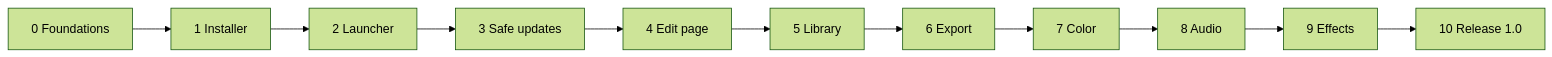
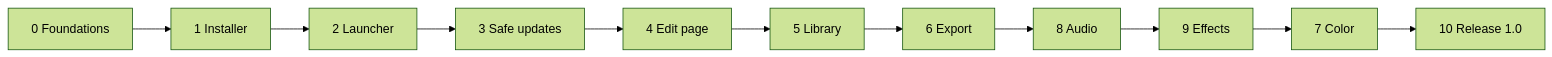
Before and after one commit to Rhyslos/Kiria-Video-Editor: the diagram in docs/build-plan.md, drawn with Mermaid (forest theme). The commit also changed other lines of this file, not shown here.

First line of the commit message:
Build order after Export: Audio, Effects, Color, then the release

````diff
--- a/docs/build-plan.md
+++ b/docs/build-plan.md
@@ -19,6 +19,6 @@
 ```mermaid
 flowchart LR
     P0[0 Foundations] --> P1[1 Installer] --> P2[2 Launcher] --> P3[3 Safe updates]
     P3 --> P4[4 Edit page] --> P5[5 Library] --> P6[6 Export]
-    P6 --> P7[7 Color] --> P8[8 Audio] --> P9[9 Effects] --> P10[10 Release 1.0]
+    P6 --> P8[8 Audio] --> P9[9 Effects] --> P7[7 Color] --> P10[10 Release 1.0]
 ```
````
